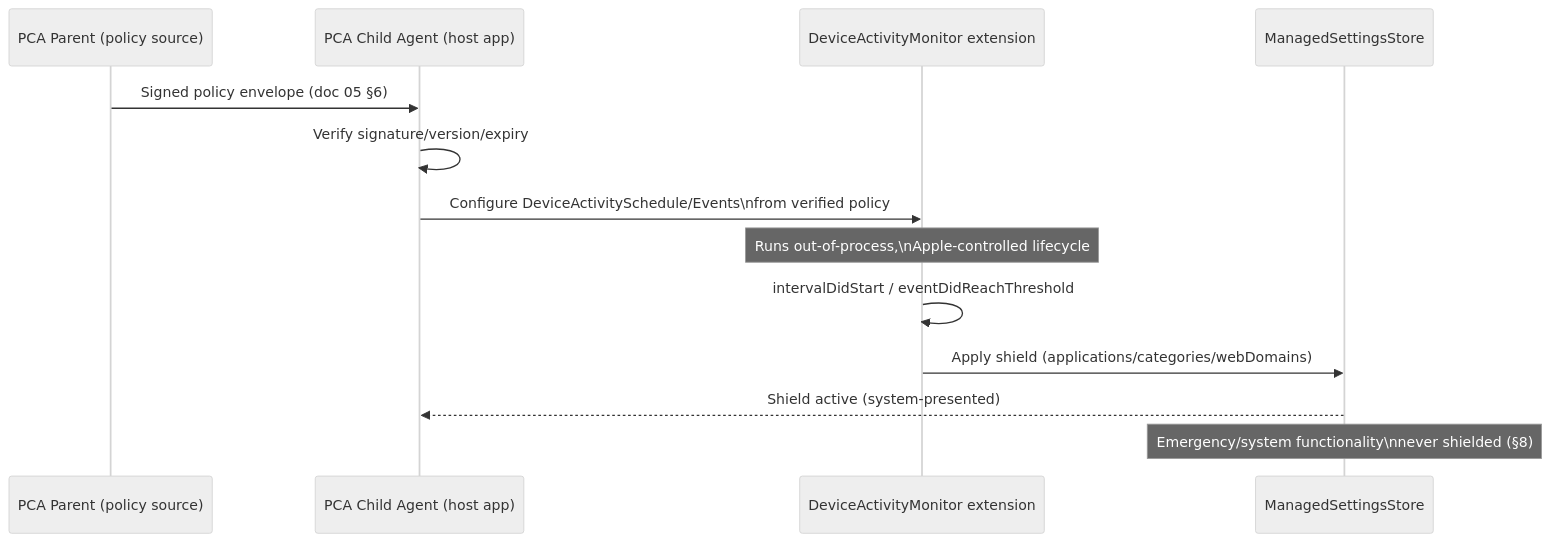
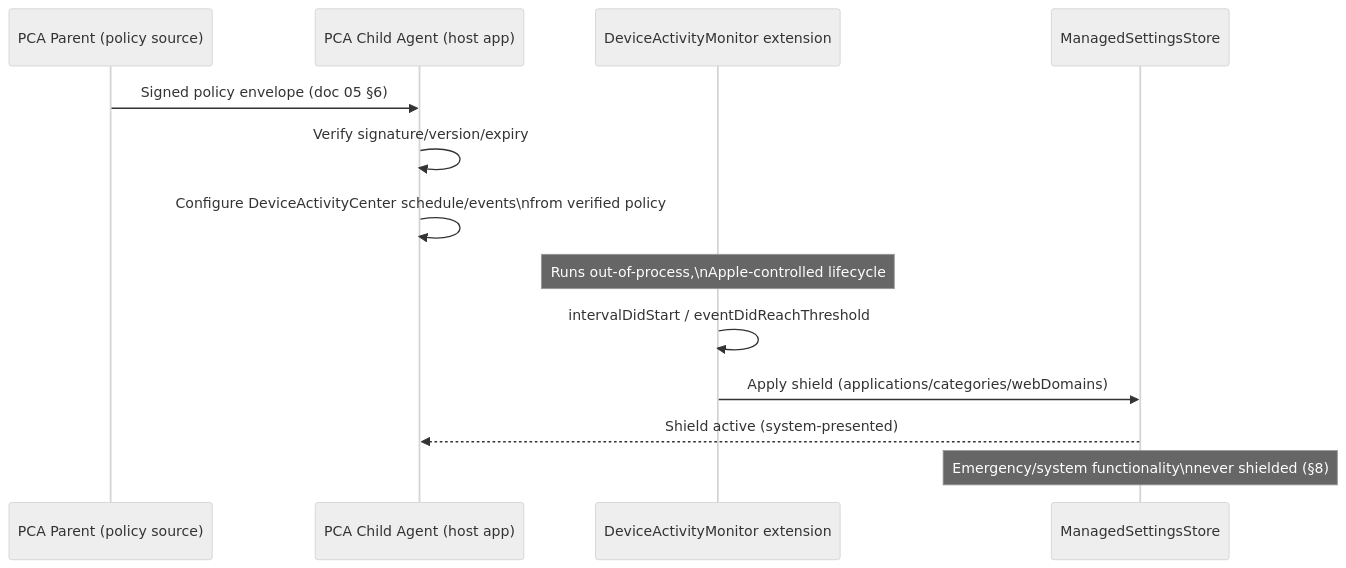
The diagram in docs/architecture/07_IOS_ARCHITECTURE.md (mosa-ali/PCA), drawn with Mermaid (neutral theme) before and after one commit. The commit also changed other lines of this file and 2 other files, not shown here.

Commit message:
docs(pca): reconcile platform architecture

````diff
--- a/docs/architecture/07_IOS_ARCHITECTURE.md
+++ b/docs/architecture/07_IOS_ARCHITECTURE.md
@@ -48,16 +48,16 @@
 ```mermaid
 sequenceDiagram
     participant Parent as PCA Parent (policy source)
     participant Child as PCA Child Agent (host app)
     participant DAExt as DeviceActivityMonitor extension
     participant MS as ManagedSettingsStore
 
     Parent->>Child: Signed policy envelope (doc 05 §6)
     Child->>Child: Verify signature/version/expiry
-    Child->>DAExt: Configure DeviceActivitySchedule/Events\nfrom verified policy
+    Child->>Child: Configure DeviceActivityCenter schedule/events\nfrom verified policy
     Note over DAExt: Runs out-of-process,\nApple-controlled lifecycle
     DAExt->>DAExt: intervalDidStart / eventDidReachThreshold
     DAExt->>MS: Apply shield (applications/categories/webDomains)
     MS-->>Child: Shield active (system-presented)
     Note over MS: Emergency/system functionality\nnever shielded (§8)
 ```
````
